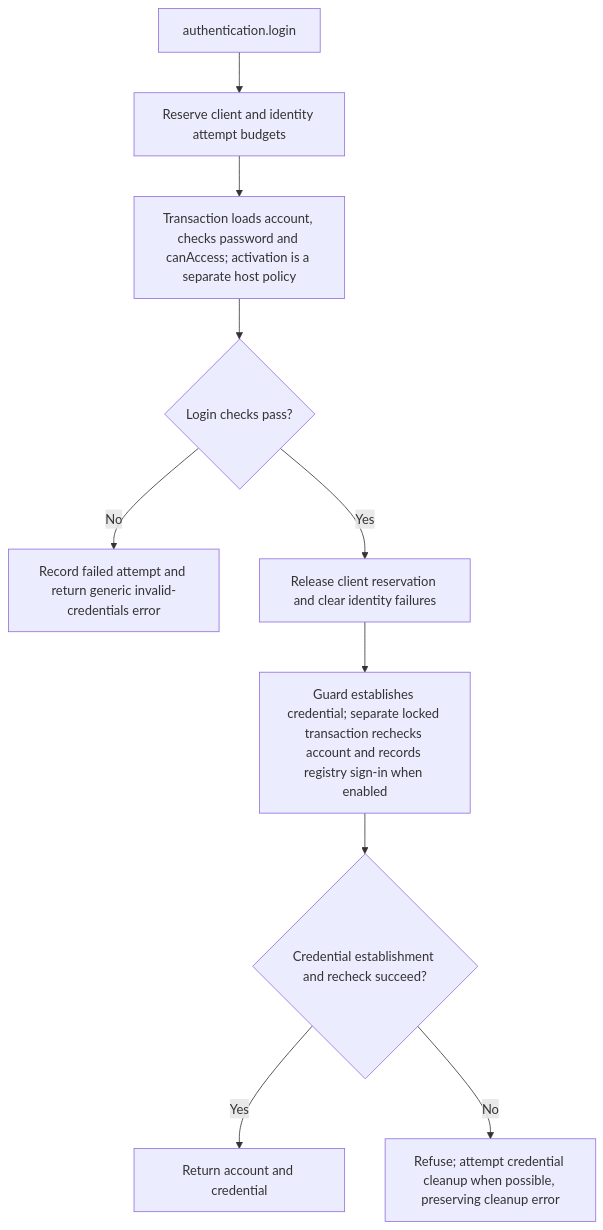
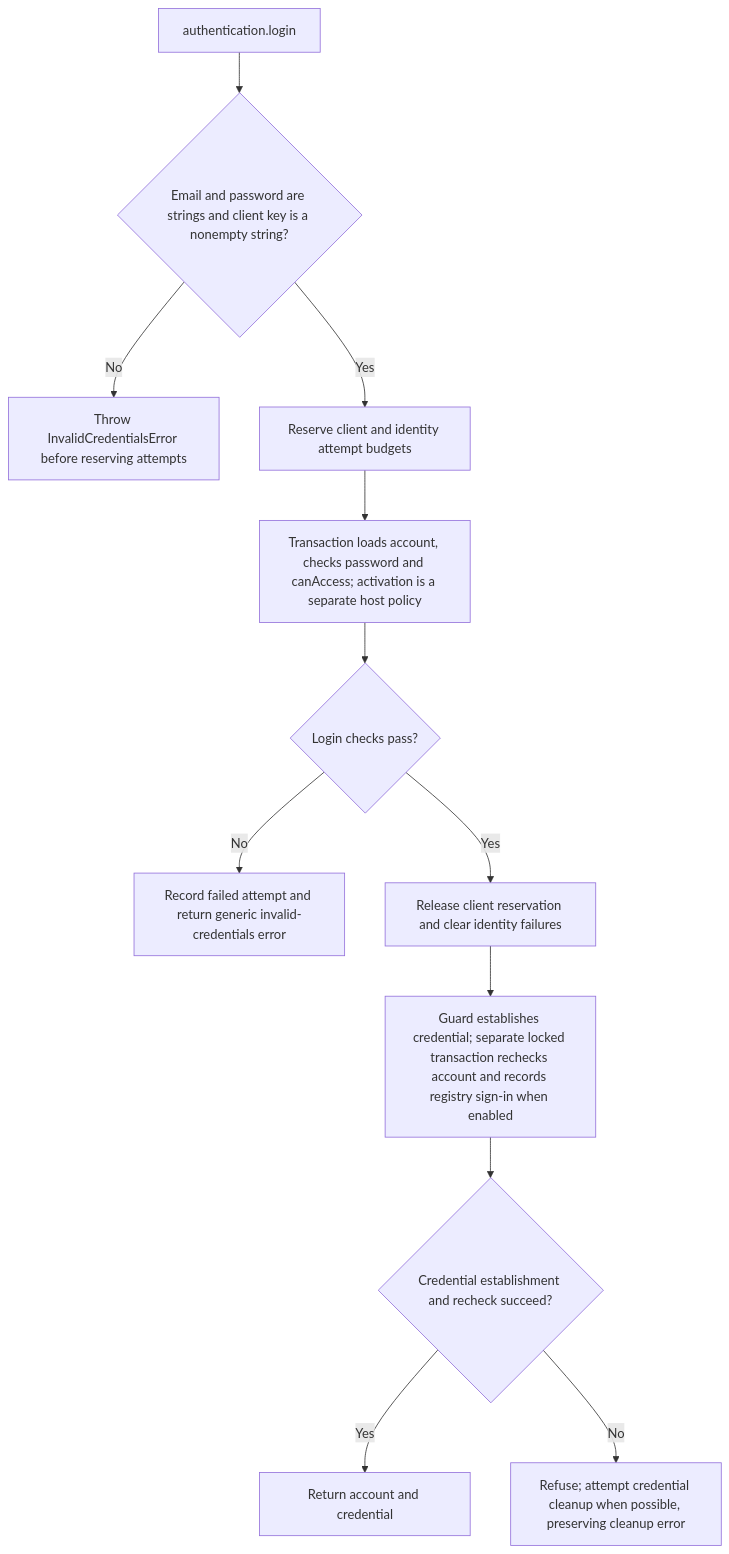
Before and after one commit to Kevinjohn/oss-adonisjs-account-kit: the second of 2 diagrams in user-stories/US-ACCOUNT-03-sign-in.md, drawn with Mermaid. The commit also changed other lines of this file and 15 other files, not shown here.

````diff
--- a/user-stories/US-ACCOUNT-03-sign-in.md
+++ b/user-stories/US-ACCOUNT-03-sign-in.md
@@ -32,12 +35,14 @@
 ```mermaid
 flowchart TD
- A["authentication.login"] --> B["Reserve client and identity attempt budgets"]
+ A["authentication.login"] --> M{"Email and password are strings and client key is a nonempty string?"}
+ M -->|No| N["Throw InvalidCredentialsError before reserving attempts"]
+ M -->|Yes| B["Reserve client and identity attempt budgets"]
  B --> C["Transaction loads account, checks password and canAccess; activation is a separate host policy"]
  C --> D{"Login checks pass?"}
  D -->|No| E["Record failed attempt and return generic invalid-credentials error"]
  D -->|Yes| R["Release client reservation and clear identity failures"]
  R --> F["Guard establishes credential; separate locked transaction rechecks account and records registry sign-in when enabled"]
  F --> H{"Credential establishment and recheck succeed?"}
  H -->|Yes| G["Return account and credential"]
  H -->|No| I["Refuse; attempt credential cleanup when possible, preserving cleanup error"]
 ```
````
